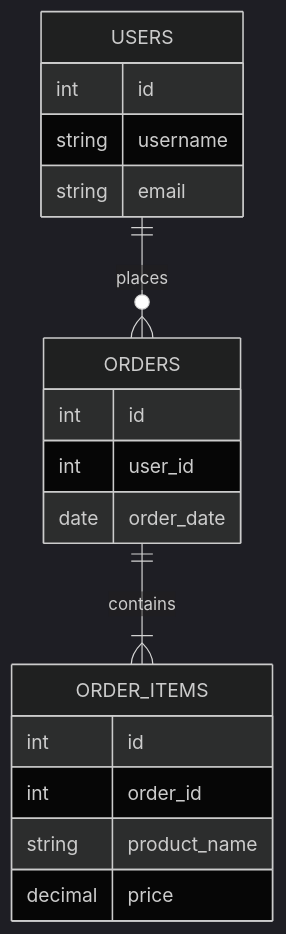
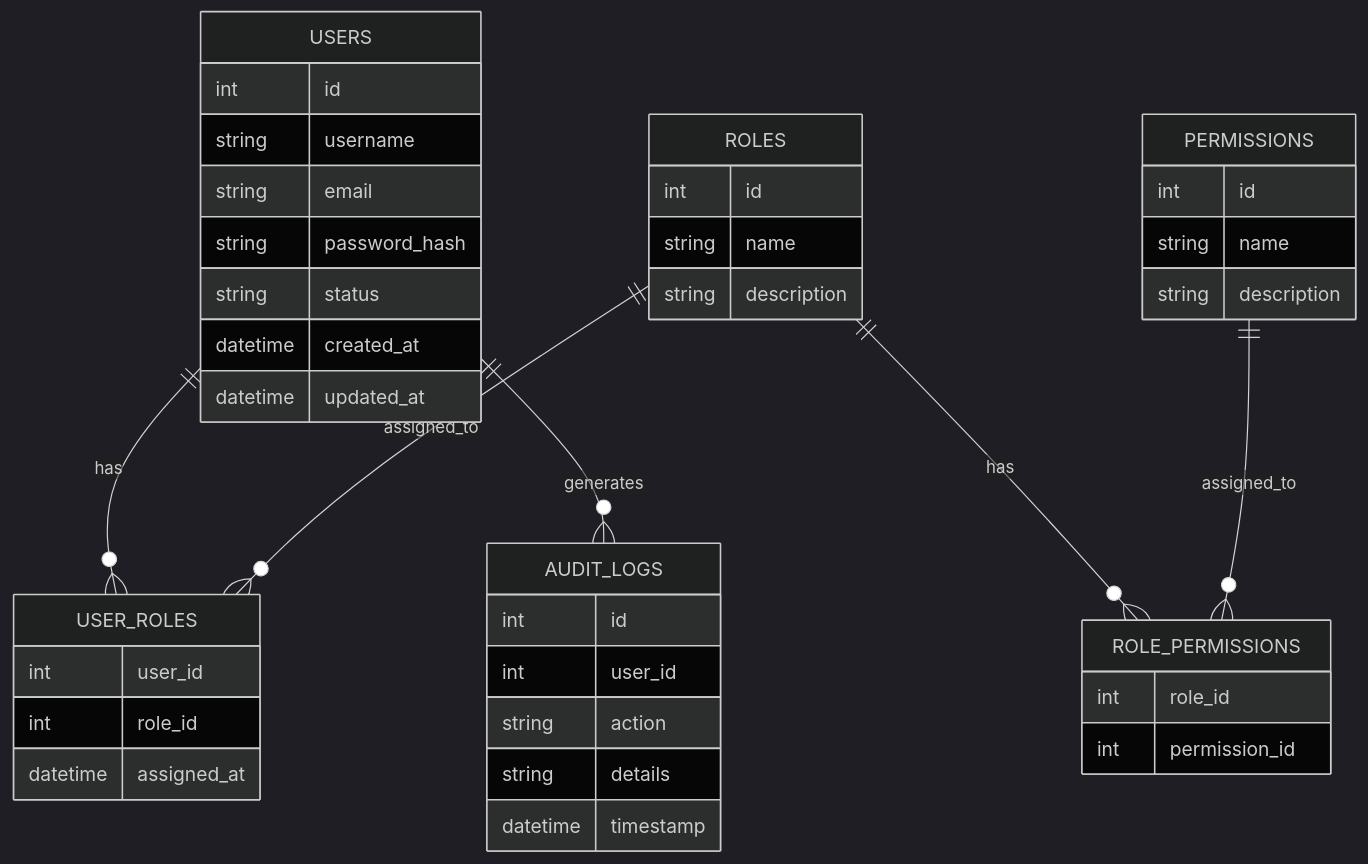
The diagram in docs/database/erd.md (wahyuha/code-business-generated), drawn with Mermaid (dark theme) before and after one commit. The commit also changed 6 other files, not shown here.

````diff
--- a/docs/database/erd.md
+++ b/docs/database/erd.md
@@ -3,21 +3,44 @@
 ```mermaid
 erDiagram
-    USERS ||--o{ ORDERS : places
-    ORDERS ||--|{ ORDER_ITEMS : contains
+    USERS ||--o{ USER_ROLES : has
+    ROLES ||--o{ USER_ROLES : assigned_to
+    ROLES ||--o{ ROLE_PERMISSIONS : has
+    PERMISSIONS ||--o{ ROLE_PERMISSIONS : assigned_to
+    USERS ||--o{ AUDIT_LOGS : generates
+    
     USERS {
         int id
         string username
         string email
+        string password_hash
+        string status
+        datetime created_at
+        datetime updated_at
     }
-    ORDERS {
+    ROLES {
+        int id
+        string name
+        string description
+    }
+    PERMISSIONS {
+        int id
+        string name
+        string description
+    }
+    USER_ROLES {
+        int user_id
+        int role_id
+        datetime assigned_at
+    }
+    ROLE_PERMISSIONS {
+        int role_id
+        int permission_id
+    }
+    AUDIT_LOGS {
         int id
         int user_id
-        date order_date
-    }
-    ORDER_ITEMS {
-        int id
-        int order_id
-        string product_name
-        decimal price
+        string action
+        string details
+        datetime timestamp
     }
 ```
````
